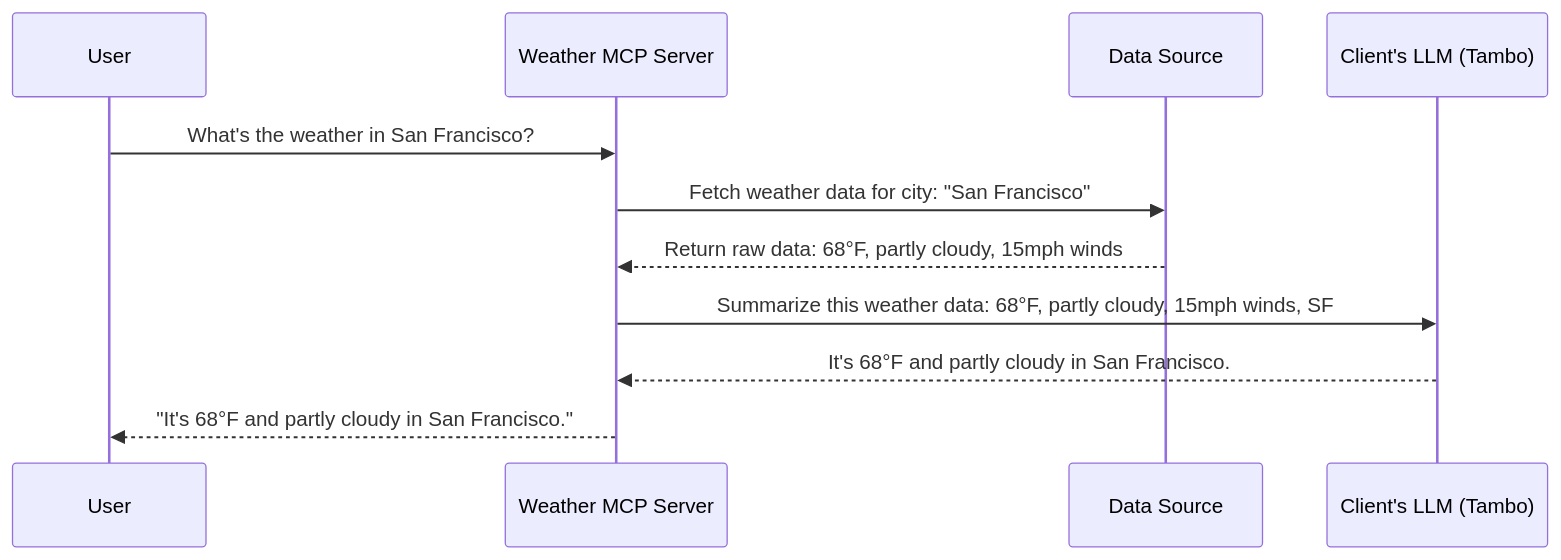
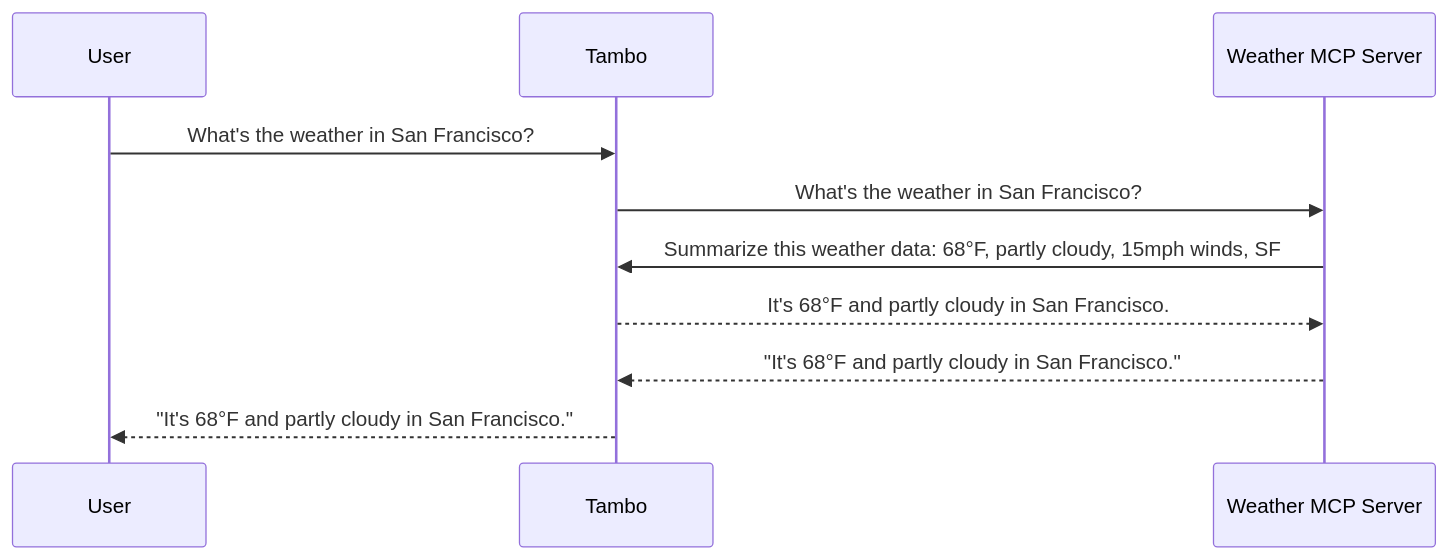
Before and after one commit to tambo-ai/tambo-cloud: the second of 2 diagrams in apps/web/app/blog/posts/mcp-sampling-support/page.mdx, drawn with Mermaid. The commit also changed other lines of this file, not shown here.

Commit message:
update diagrams

````diff
--- a/apps/web/app/blog/posts/mcp-sampling-support/page.mdx
+++ b/apps/web/app/blog/posts/mcp-sampling-support/page.mdx
@@ -51,15 +51,14 @@
 ```mermaid
 sequenceDiagram
     participant U as User
-    participant S as Weather MCP Server
-    participant D as Data Source
-    participant L as Client's LLM (Tambo)
+    participant T as Tambo
+    participant M as Weather MCP Server
 
-    U->>S: What's the weather in San Francisco?
-    S->>D: Fetch weather data for city: "San Francisco"
-    D-->>S: Return raw data: 68°F, partly cloudy, 15mph winds
-    S->>L: Summarize this weather data: 68°F, partly cloudy, 15mph winds, SF
-    L-->>S: It's 68°F and partly cloudy in San Francisco.
-    S-->>U: "It's 68°F and partly cloudy in San Francisco."
+    U->>T: What's the weather in San Francisco?
+    T->>M: What's the weather in San Francisco?
+    M->>T: Summarize this weather data: 68°F, partly cloudy, 15mph winds, SF
+    T-->>M: It's 68°F and partly cloudy in San Francisco.
+    M-->>T: "It's 68°F and partly cloudy in San Francisco."
+    T-->>U: "It's 68°F and partly cloudy in San Francisco."
 
 ```
````
